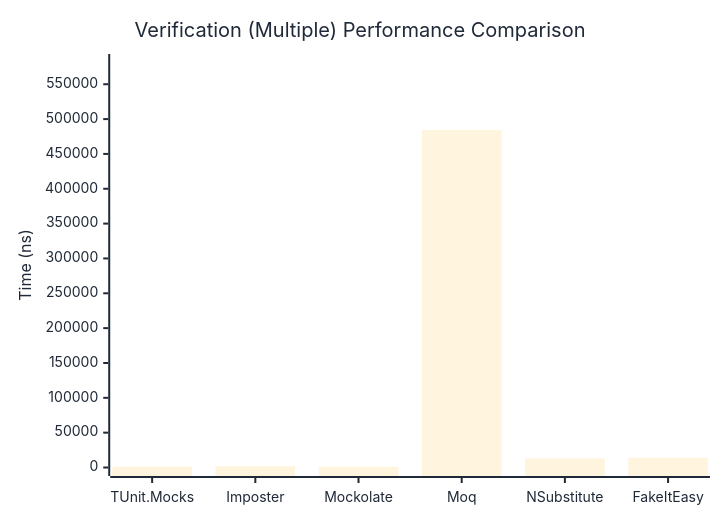
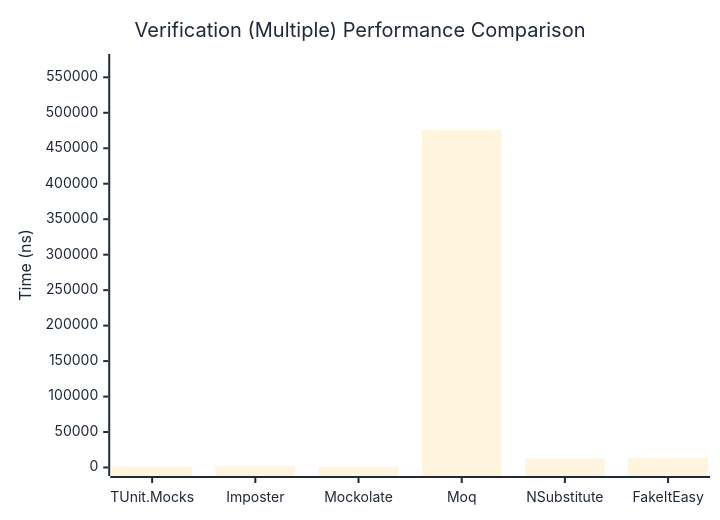
The third of 3 diagrams in docs/docs/benchmarks/mocks/Verification.md (thomhurst/TUnit), drawn with Mermaid before and after one commit. The commit also changed other lines of this file and 14 other files, not shown here.

````diff
--- a/docs/docs/benchmarks/mocks/Verification.md
+++ b/docs/docs/benchmarks/mocks/Verification.md
@@ -112,27 +112,27 @@
 ```mermaid
 %%{init: {
   'theme':'base',
   'themeVariables': {
     'primaryColor': '#2563eb',
     'primaryTextColor': '#1f2937',
     'primaryBorderColor': '#1e40af',
     'lineColor': '#6b7280',
     'secondaryColor': '#7c3aed',
     'tertiaryColor': '#dc2626',
     'background': '#ffffff',
     'pie1': '#2563eb',
     'pie2': '#7c3aed',
     'pie3': '#dc2626',
     'pie4': '#f59e0b',
     'pie5': '#10b981',
     'pie6': '#06b6d4',
     'pie7': '#ec4899',
     'pie8': '#6366f1'
   }
 }}%%
 xychart-beta
   title "Verification (Multiple) Performance Comparison"
   x-axis ["TUnit.Mocks", "Imposter", "Mockolate", "Moq", "NSubstitute", "FakeItEasy"]
-  y-axis "Time (ns)" 0 --> 581194
-  bar [1280.87, 1849.21, 1129.89, 484328.25, 13146.88, 14006.14]
+  y-axis "Time (ns)" 0 --> 570885
+  bar [1265.24, 1777.92, 1119.21, 475737.35, 12617.34, 13356.53]
 ```
````
